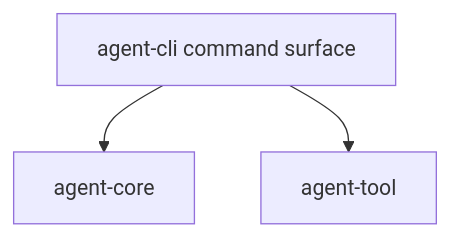
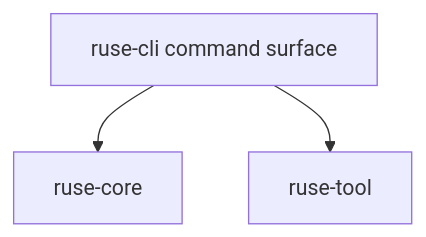
The diagram in docs/specs/M03-01-cli-tty-shell.spec.md (poneding/agent), drawn with Mermaid before and after one commit. The commit also changed other lines of this file and 2091 other files, not shown here.

First line of the commit message:
refactor: rename agent branding to ruse

````diff
--- a/docs/specs/M03-01-cli-tty-shell.spec.md
+++ b/docs/specs/M03-01-cli-tty-shell.spec.md
@@ -32,5 +32,5 @@
 ```mermaid
 flowchart TD
-  agent_cli["agent-cli command surface"] --> agent_core["agent-core"]
-  agent_cli --> agent_tool["agent-tool"]
+  ruse_cli["ruse-cli command surface"] --> ruse_core["ruse-core"]
+  ruse_cli --> ruse_tool["ruse-tool"]
 ```
````
